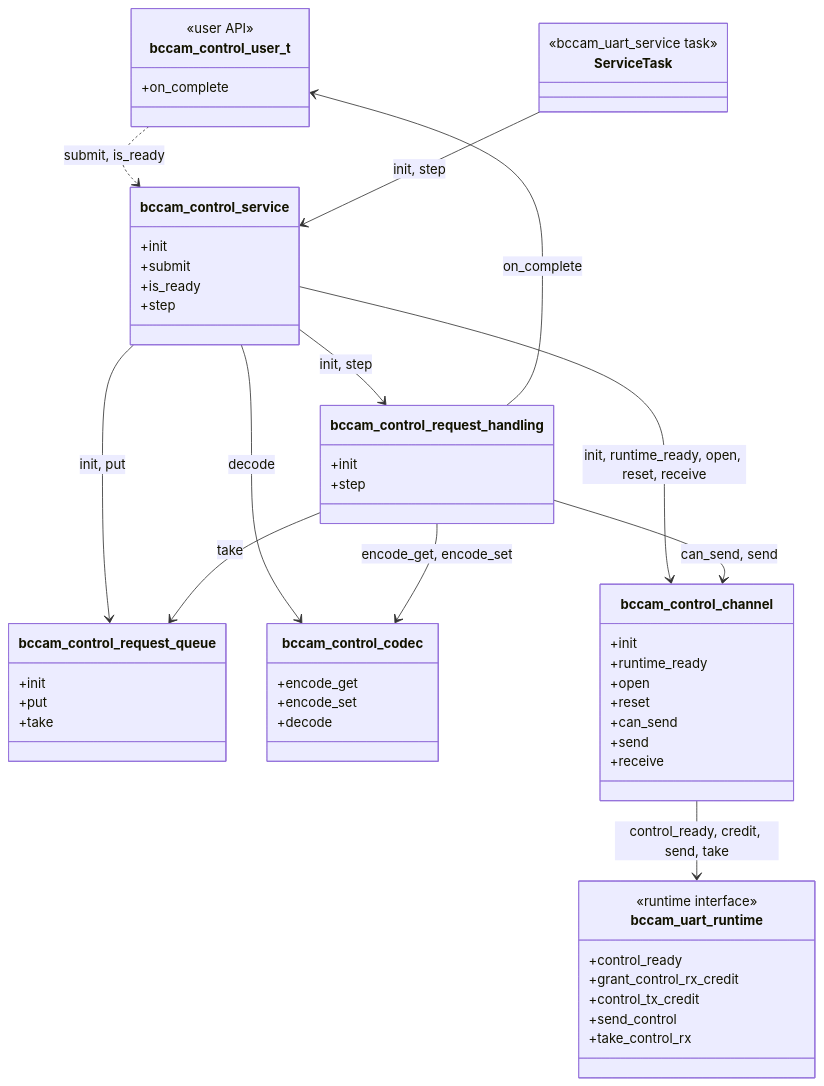
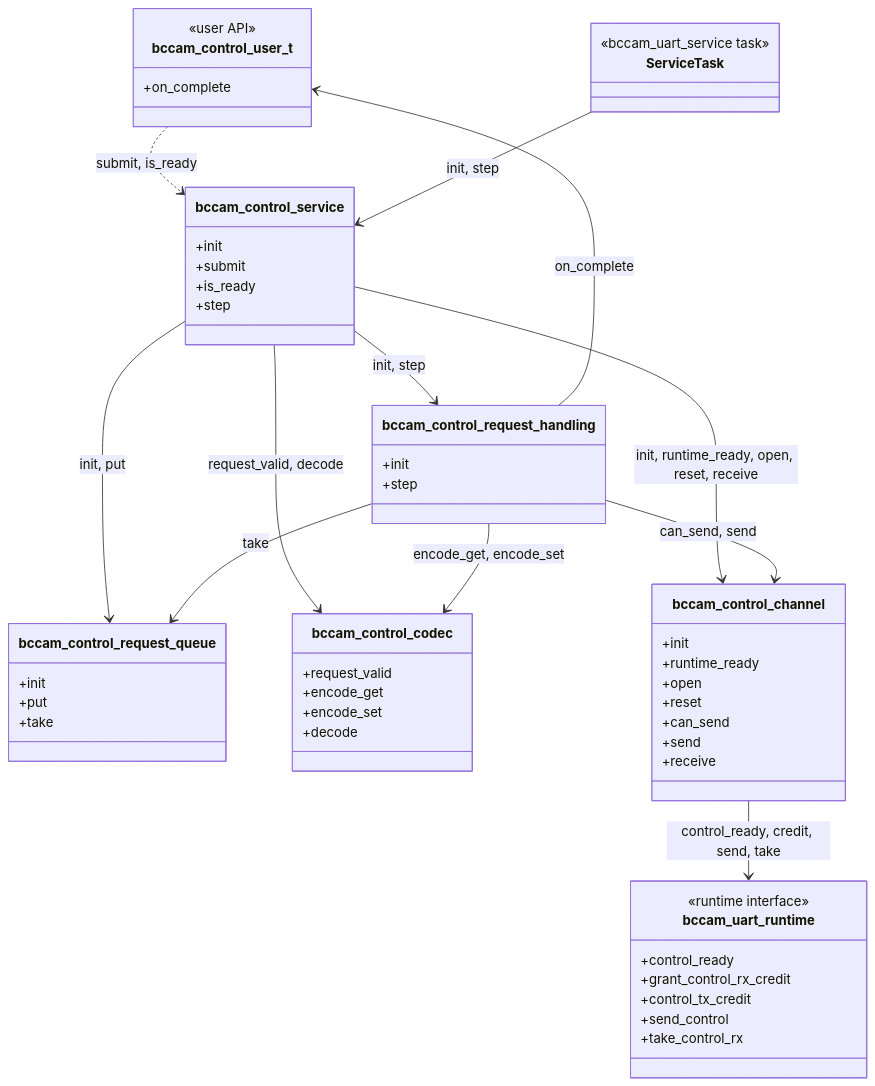
Before and after one commit to bitcraze/crazyflie-firmware: the first of 10 diagrams in docs/functional-areas/camera-deck-control.md, drawn with Mermaid. The commit also changed other lines of this file, not shown here.

Commit message:
doc: Check if request is valid

````diff
--- a/docs/functional-areas/camera-deck-control.md
+++ b/docs/functional-areas/camera-deck-control.md
@@ -157,68 +157,69 @@
 ```mermaid
 classDiagram
     direction TB
 
     class bccam_control_user_t {
         <<user API>>
         +on_complete
     }
 
     class bccam_control_service {
         +init
         +submit
         +is_ready
         +step
     }
 
     class bccam_control_request_queue {
         +init
         +put
         +take
     }
 
     class bccam_control_request_handling {
         +init
         +step
     }
 
     class bccam_control_codec {
+        +request_valid
         +encode_get
         +encode_set
         +decode
     }
 
     class bccam_control_channel {
         +init
         +runtime_ready
         +open
         +reset
         +can_send
         +send
         +receive
     }
 
     class bccam_uart_runtime {
         <<runtime interface>>
         +control_ready
         +grant_control_rx_credit
         +control_tx_credit
         +send_control
         +take_control_rx
     }
 
     class ServiceTask {
         <<bccam_uart_service task>>
     }
 
     bccam_control_user_t ..> bccam_control_service : submit, is_ready
     ServiceTask --> bccam_control_service : init, step
     bccam_control_service --> bccam_control_request_queue : init, put
     bccam_control_service --> bccam_control_channel : init, runtime_ready, open, reset, receive
-    bccam_control_service --> bccam_control_codec : decode
+    bccam_control_service --> bccam_control_codec : request_valid, decode
     bccam_control_service --> bccam_control_request_handling : init, step
     bccam_control_request_handling --> bccam_control_request_queue : take
     bccam_control_request_handling --> bccam_control_codec : encode_get, encode_set
     bccam_control_request_handling --> bccam_control_channel : can_send, send
     bccam_control_request_handling --> bccam_control_user_t : on_complete
     bccam_control_channel --> bccam_uart_runtime : control_ready, credit, send, take
 ```
````
